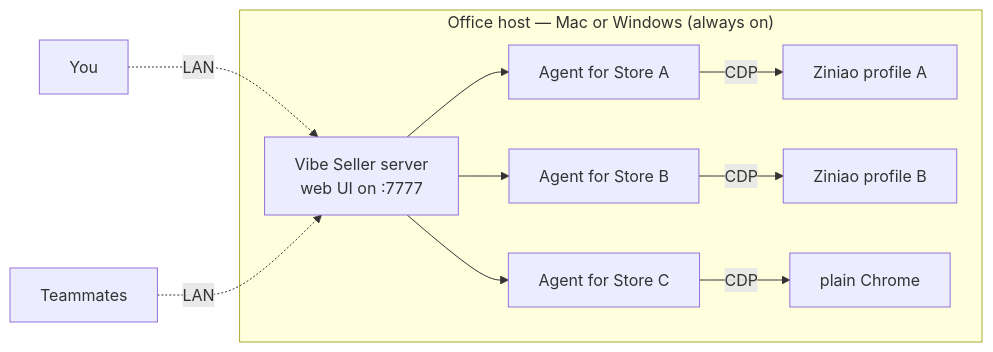
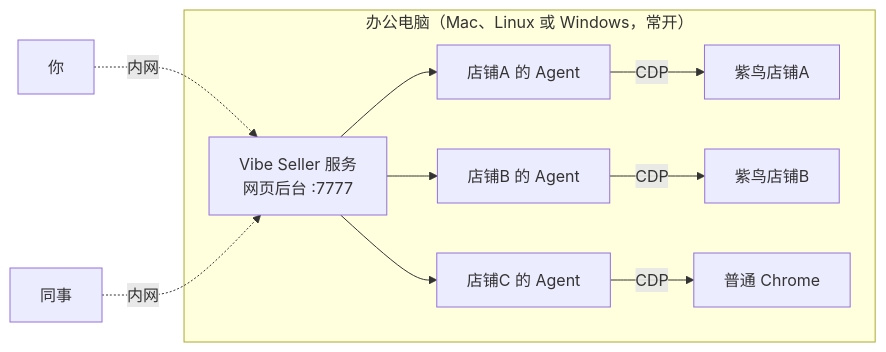
Before and after one commit to zpoint/vibe-seller: the diagram in README.md, drawn with Mermaid. The commit also changed other lines of this file and 2 other files, not shown here.

````diff
--- a/README.md
+++ b/README.md
@@ -39,14 +31,14 @@
 ```mermaid
 flowchart LR
-    U1[You] -.LAN.-> S
-    U2[Teammates] -.LAN.-> S
-    subgraph OfficeHost["Office host — Mac or Windows (always on)"]
-        S[Vibe Seller server<br/>web UI on :7777]
-        S --> A1[Agent for Store A]
-        S --> A2[Agent for Store B]
-        S --> A3[Agent for Store C]
-        A1 -->|CDP| Z1[Ziniao profile A]
-        A2 -->|CDP| Z2[Ziniao profile B]
-        A3 -->|CDP| Z3[plain Chrome]
+    U1[你] -.内网.-> S
+    U2[同事] -.内网.-> S
+    subgraph OfficeHost["办公电脑（Mac、Linux 或 Windows，常开）"]
+        S[Vibe Seller 服务<br/>网页后台 :7777]
+        S --> A1[店铺A 的 Agent]
+        S --> A2[店铺B 的 Agent]
+        S --> A3[店铺C 的 Agent]
+        A1 -->|CDP| Z1[紫鸟店铺A]
+        A2 -->|CDP| Z2[紫鸟店铺B]
+        A3 -->|CDP| C1[普通 Chrome]
     end
 ```
````
